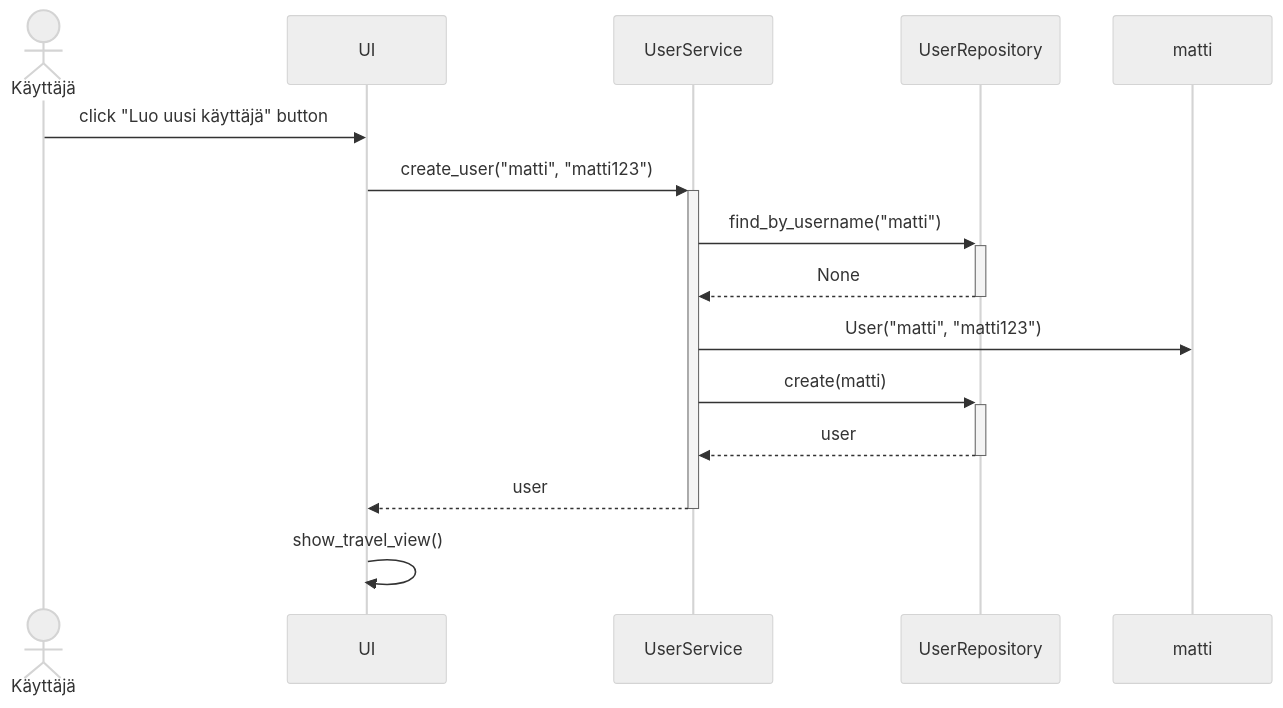
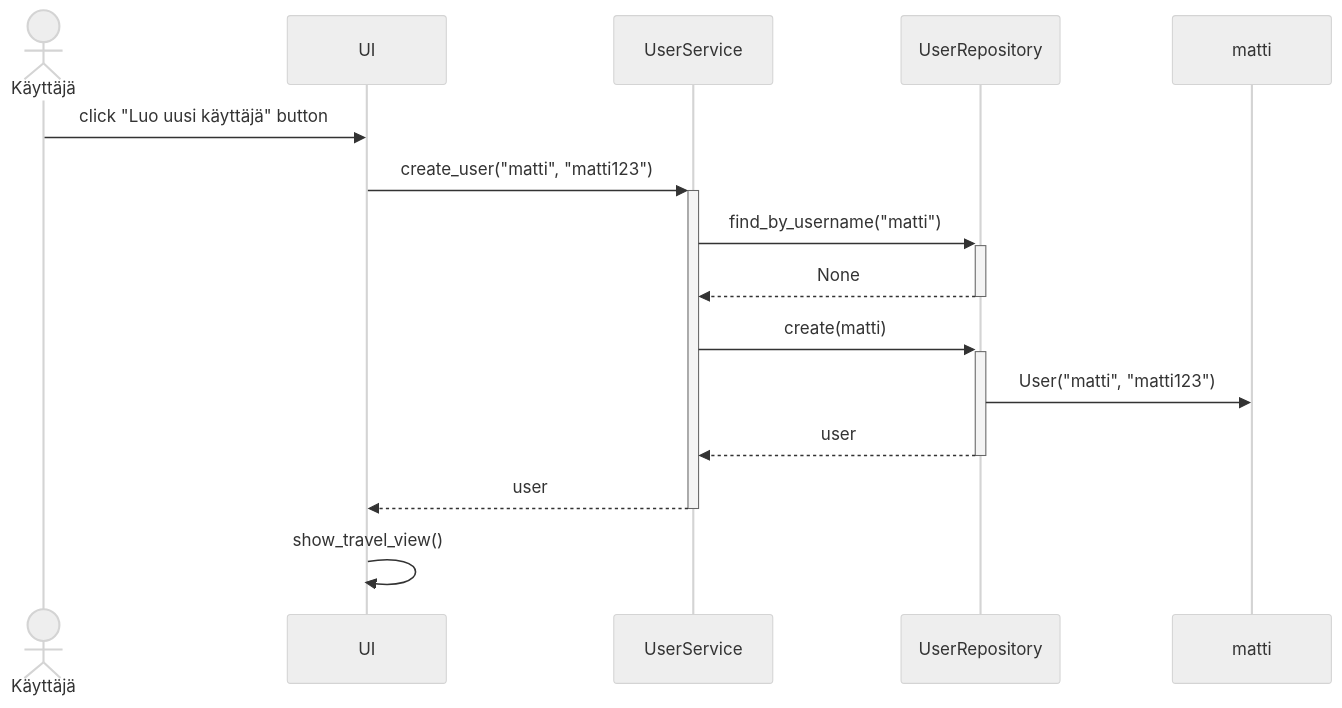
One commit to phuvio/ot-harjoitustyo changed the second of 3 diagrams in travel-expense-calculator-app/dokumentaatio/arkkitehtuuri.md. Above: the diagram before and after it, drawn with Mermaid (neutral theme).

````diff
--- a/travel-expense-calculator-app/dokumentaatio/arkkitehtuuri.md
+++ b/travel-expense-calculator-app/dokumentaatio/arkkitehtuuri.md
@@ -49,17 +49,17 @@
 ```mermaid
 sequenceDiagram
   actor K as Käyttäjä
   participant UI
   participant S as UserService
   participant R as UserRepository
   participant matti
   K->>UI: click "Luo uusi käyttäjä" button
   UI->>+S: create_user("matti", "matti123")
   S->>+R: find_by_username("matti")
   R-->>-S: None
-  S->>matti: User("matti", "matti123")
   S->>+R: create(matti)
+  R->>matti: User("matti", "matti123")
   R-->> -S: user
   S-->>-UI: user
   UI->>UI: show_travel_view()
 ```
````
